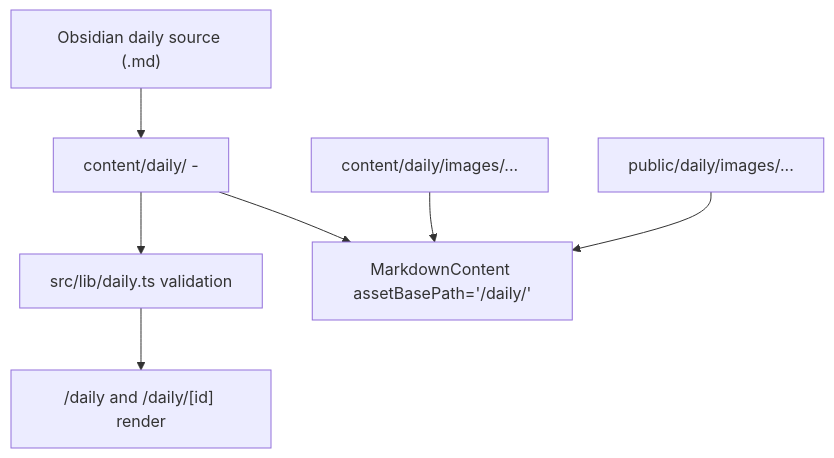
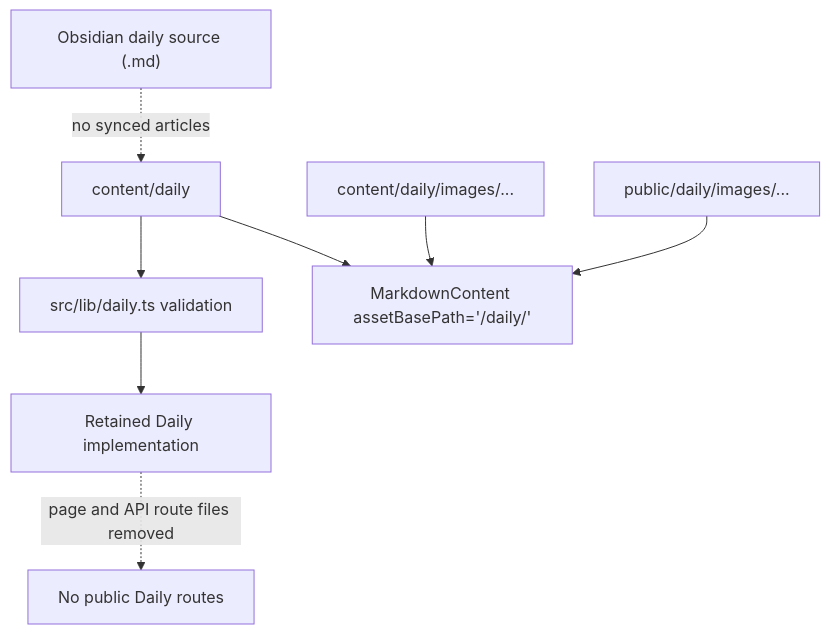
The diagram in docs/daily-system.md (deweyou/deweyou.me), drawn with Mermaid before and after one commit. The commit also changed other lines of this file and 287 other files, not shown here.

````diff
--- a/docs/daily-system.md
+++ b/docs/daily-system.md
@@ -3,9 +3,10 @@
 ```mermaid
 flowchart TD
-    A["Obsidian daily source (.md)"] --> B["content/daily/<date> - <title>.md"]
+    A["Obsidian daily source (.md)"] -. "no synced articles" .-> B["content/daily"]
     B --> C["src/lib/daily.ts validation"]
     B --> D["MarkdownContent assetBasePath='/daily/'"]
     E["content/daily/images/..."] --> D
     F["public/daily/images/..."] --> D
-    C --> G["/daily and /daily/[id] render"]
+    C --> G["Retained Daily implementation"]
+    G -. "page and API route files removed" .-> H["No public Daily routes"]
 ```
````
